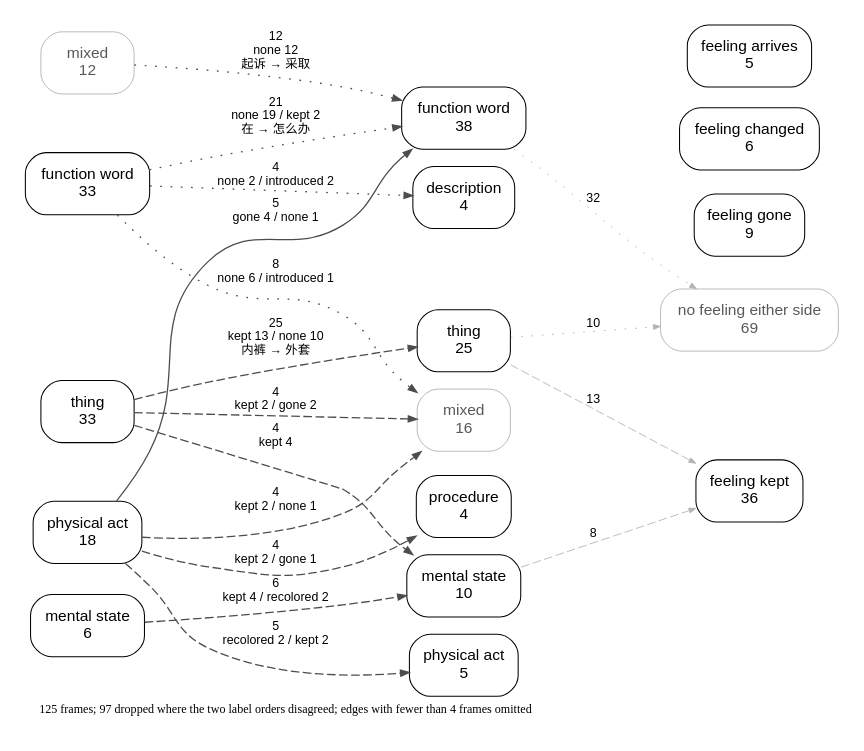
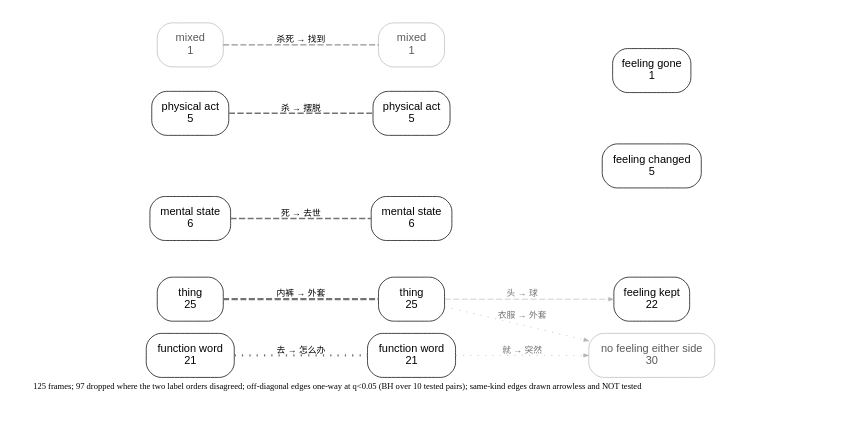
One commit to quadrismegistus/malignment changed the diagram in experiments/displacement/freudian_hypothesis/results/kind_flow_zh.dot. Above: the diagram before and after it, drawn with Graphviz. The commit also changed 8 other files, not shown here.

First line of the commit message:
the figure was filtering by size, hiding 61% of frames, and its exemplars fought its labels

```diff
--- a/experiments/displacement/freudian_hypothesis/results/kind_flow_zh.dot
+++ b/experiments/displacement/freudian_hypothesis/results/kind_flow_zh.dot
@@ -1,48 +1,37 @@
 digraph kindflow {
   rankdir=LR; splines=true; overlap=false;
   size="4.8,5.52!"; ratio=compress;
   bgcolor="white"; nodesep=0.14; ranksep=0.95;
   node [shape=box style="rounded" fontname="Helvetica" fontsize=9 color="black" fontcolor="black" margin="0.06,0.035" penwidth=0.6];
   edge [fontname="Helvetica" fontsize=7.2 color="#4d4d4d" penwidth=0.75 arrowsize=0.5];
   { rank=same;
-    "B_FUNCTION" [label="function word\n33"];
-    "B_THING" [label="thing\n33"];
-    "B_PHYSICAL_ACT" [label="physical act\n18"];
-    "B_MIXED" [label="mixed\n12" penwidth=0.35 color="#8c8c8c" fontcolor="#595959"];
+    "B_THING" [label="thing\n25"];
+    "B_FUNCTION" [label="function word\n21"];
     "B_MENTAL_STATE" [label="mental state\n6"];
+    "B_PHYSICAL_ACT" [label="physical act\n5"];
+    "B_MIXED" [label="mixed\n1" penwidth=0.35 color="#8c8c8c" fontcolor="#595959"];
   }
   { rank=same;
-    "A_FUNCTION" [label="function word\n38"];
     "A_THING" [label="thing\n25"];
-    "A_MIXED" [label="mixed\n16" penwidth=0.35 color="#8c8c8c" fontcolor="#595959"];
-    "A_MENTAL_STATE" [label="mental state\n10"];
+    "A_FUNCTION" [label="function word\n21"];
+    "A_MENTAL_STATE" [label="mental state\n6"];
     "A_PHYSICAL_ACT" [label="physical act\n5"];
-    "A_DESCRIPTION" [label="description\n4"];
-    "A_PROCEDURE" [label="procedure\n4"];
+    "A_MIXED" [label="mixed\n1" penwidth=0.35 color="#8c8c8c" fontcolor="#595959"];
   }
   { rank=same;
-    "F_NONE" [label="no feeling either side\n69" penwidth=0.35 color="#8c8c8c" fontcolor="#595959"];
-    "F_KEPT" [label="feeling kept\n36"];
-    "F_GONE" [label="feeling gone\n9"];
-    "F_RECOLORED" [label="feeling changed\n6"];
-    "F_INTRODUCED" [label="feeling arrives\n5"];
+    "F_NONE" [label="no feeling either side\n30" penwidth=0.35 color="#8c8c8c" fontcolor="#595959"];
+    "F_KEPT" [label="feeling kept\n22"];
+    "F_RECOLORED" [label="feeling changed\n5"];
+    "F_GONE" [label="feeling gone\n1"];
   }
-  "B_THING" -> "A_THING" [label="25\nkept 13 / none 10\n内裤 → 外套" style=dashed];
-  "B_FUNCTION" -> "A_FUNCTION" [label="21\nnone 19 / kept 2\n在 → 怎么办" style=dotted];
-  "B_MIXED" -> "A_FUNCTION" [label="12\nnone 12\n起诉 → 采取" style=dotted];
-  "B_FUNCTION" -> "A_MIXED" [label="8\nnone 6 / introduced 1" style=dotted];
-  "B_MENTAL_STATE" -> "A_MENTAL_STATE" [label="6\nkept 4 / recolored 2" style=dashed];
-  "B_PHYSICAL_ACT" -> "A_FUNCTION" [label="5\ngone 4 / none 1" style=solid];
-  "B_PHYSICAL_ACT" -> "A_PHYSICAL_ACT" [label="5\nrecolored 2 / kept 2" style=dashed];
-  "B_PHYSICAL_ACT" -> "A_MIXED" [label="4\nkept 2 / none 1" style=dashed];
-  "B_THING" -> "A_MENTAL_STATE" [label="4\nkept 4" style=dashed];
-  "B_FUNCTION" -> "A_DESCRIPTION" [label="4\nnone 2 / introduced 2" style=dotted];
-  "B_PHYSICAL_ACT" -> "A_PROCEDURE" [label="4\nkept 2 / gone 1" style=dashed];
-  "B_THING" -> "A_MIXED" [label="4\nkept 2 / gone 2" style=dashed];
-  "A_THING" -> "F_NONE" [label="10" color="#b3b3b3" penwidth=0.5 arrowsize=0.4 style=dotted];
-  "A_THING" -> "F_KEPT" [label="13" color="#b3b3b3" penwidth=0.5 arrowsize=0.4 style=dashed];
-  "A_FUNCTION" -> "F_NONE" [label="32" color="#b3b3b3" penwidth=0.5 arrowsize=0.4 style=dotted];
-  "A_MENTAL_STATE" -> "F_KEPT" [label="8" color="#b3b3b3" penwidth=0.5 arrowsize=0.4 style=dashed];
+  "B_THING" -> "A_THING" [label="内裤 → 外套" style=dashed arrowhead=none color="#737373" penwidth=1.81];
+  "B_FUNCTION" -> "A_FUNCTION" [label="去 → 怎么办" style=dotted arrowhead=none color="#737373" penwidth=1.74];
+  "B_MENTAL_STATE" -> "A_MENTAL_STATE" [label="死 → 去世" style=dashed arrowhead=none color="#737373" penwidth=1.28];
+  "B_PHYSICAL_ACT" -> "A_PHYSICAL_ACT" [label="杀 → 摆脱" style=dashed arrowhead=none color="#737373" penwidth=1.22];
+  "B_MIXED" -> "A_MIXED" [label="杀死 → 找到" style=dashed arrowhead=none color="#737373" penwidth=0.78];
+  "A_THING" -> "F_NONE" [label="衣服 → 外套" color="#b3b3b3" fontcolor="#737373" penwidth=0.5 arrowsize=0.4 style=dotted];
+  "A_THING" -> "F_KEPT" [label="头 → 球" color="#b3b3b3" fontcolor="#737373" penwidth=0.5 arrowsize=0.4 style=dashed];
+  "A_FUNCTION" -> "F_NONE" [label="就 → 突然" color="#b3b3b3" fontcolor="#737373" penwidth=0.5 arrowsize=0.4 style=dotted];
   labelloc="b"; labeljust="l";
-  label=<<font point-size="7.65">125 frames; 97 dropped where the two label orders disagreed; edges with fewer than 4 frames omitted</font>>;
+  label=<<font point-size="7.65">125 frames; 97 dropped where the two label orders disagreed; off-diagonal edges one-way at q&lt;0.05 (BH over 10 tested pairs); same-kind edges drawn arrowless and NOT tested</font>>;
 }
```
